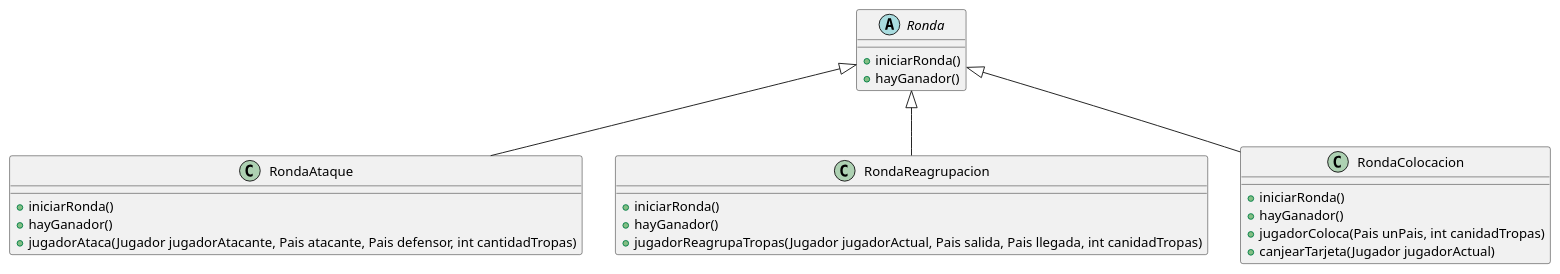
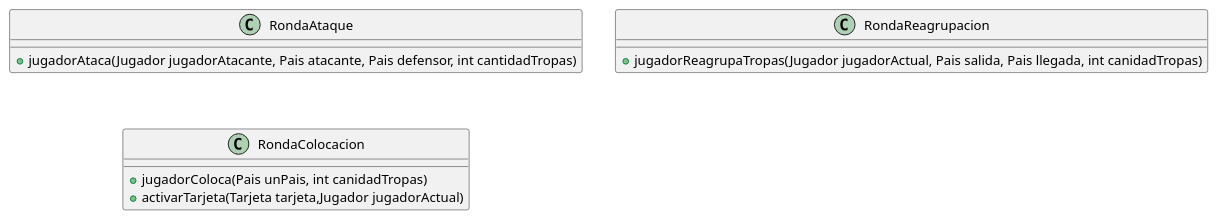
One commit to tomasshiao/TP2_Algo3 changed the diagram in diagramas/diagramaClaseRonda.plantuml. Above: the diagram before and after it, drawn with PlantUML. The commit also changed 2 other files, not shown here.

Commit message:
cambios solo diagrama

```diff
--- a/diagramas/diagramaClaseRonda.plantuml
+++ b/diagramas/diagramaClaseRonda.plantuml
@@ -1,30 +1,17 @@
 @startuml
 
-abstract class Ronda{
-
-    +iniciarRonda()
-    +hayGanador()
-}
 
 class RondaAtaque{
 
-    +iniciarRonda()
-    +hayGanador()
     +jugadorAtaca(Jugador jugadorAtacante, Pais atacante, Pais defensor, int cantidadTropas)
 }
 
 class RondaReagrupacion{
-    +iniciarRonda()
-    +hayGanador()
     +jugadorReagrupaTropas(Jugador jugadorActual, Pais salida, Pais llegada, int canidadTropas)
 }
 class RondaColocacion{
-    +iniciarRonda()
-    +hayGanador()
     +jugadorColoca(Pais unPais, int canidadTropas)
-    +canjearTarjeta(Jugador jugadorActual)
+    +activarTarjeta(Tarjeta tarjeta,Jugador jugadorActual)
 }
-Ronda<|-- RondaAtaque
-Ronda <|-- RondaReagrupacion
-Ronda <|-- RondaColocacion
+
 @enduml
```
